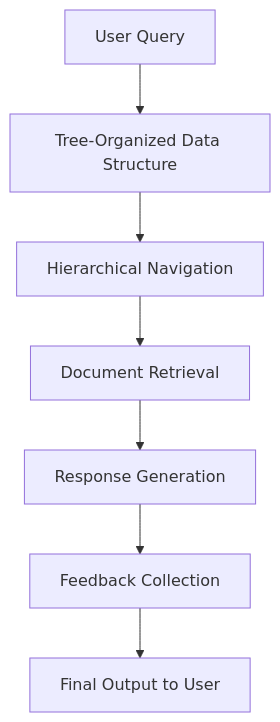
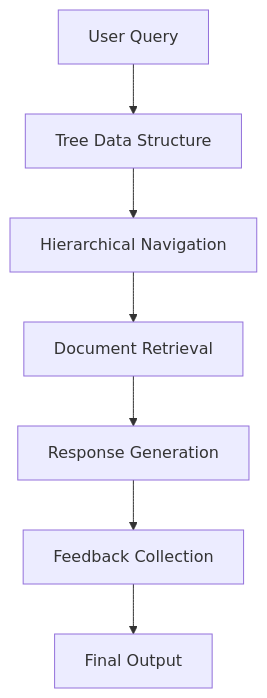
Before and after one commit to Dinuk-Di/RAG-Architectures: the eighth of 25 diagrams in Readme.md, drawn with Mermaid. The commit also changed other lines of this file, not shown here.

````diff
--- a/Readme.md
+++ b/Readme.md
@@ -141,9 +169,9 @@
 ```mermaid
 flowchart TD
-    A[User Query] --> B[Tree-Organized Data Structure]
+    A[User Query] --> B[Tree Data Structure]
     B --> C[Hierarchical Navigation]
     C --> D[Document Retrieval]
     D --> E[Response Generation]
     E --> F[Feedback Collection]
-    F --> G[Final Output to User]
+    F --> G[Final Output]
 ```
````
